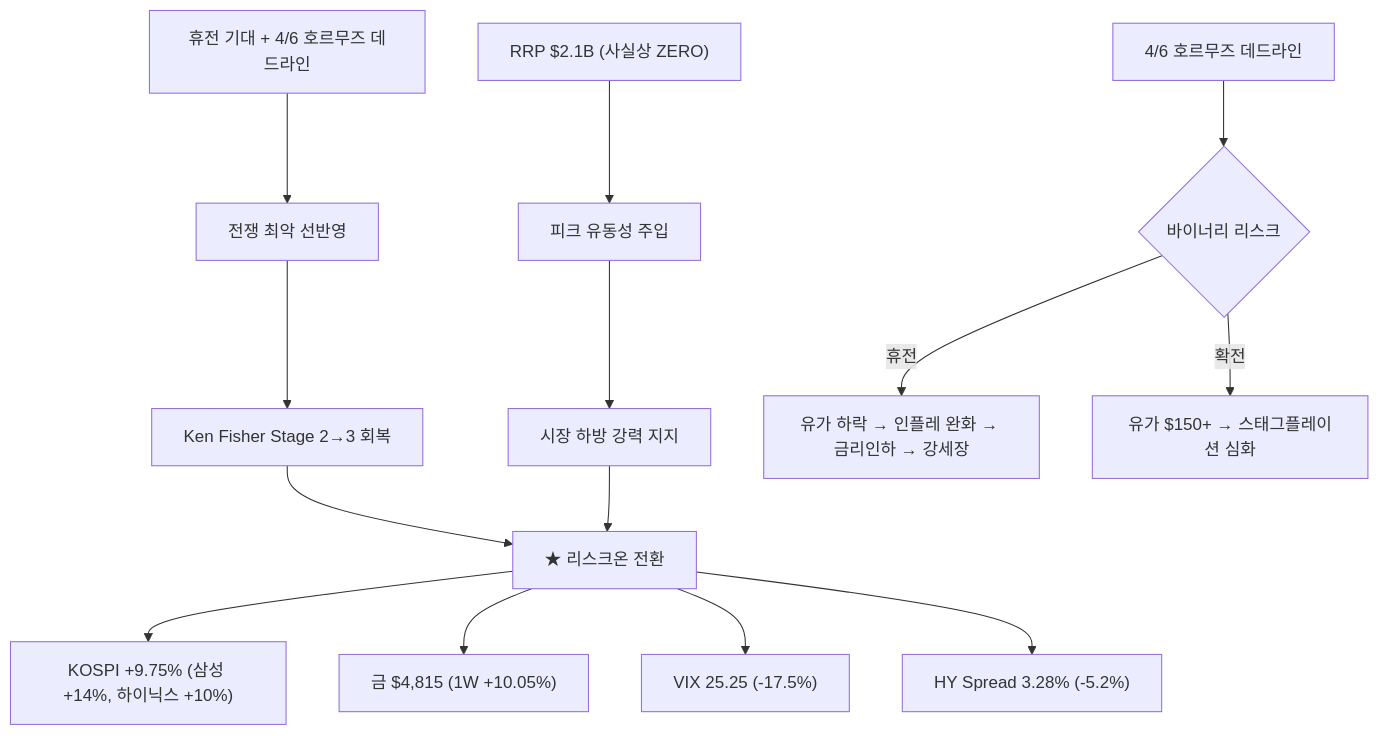
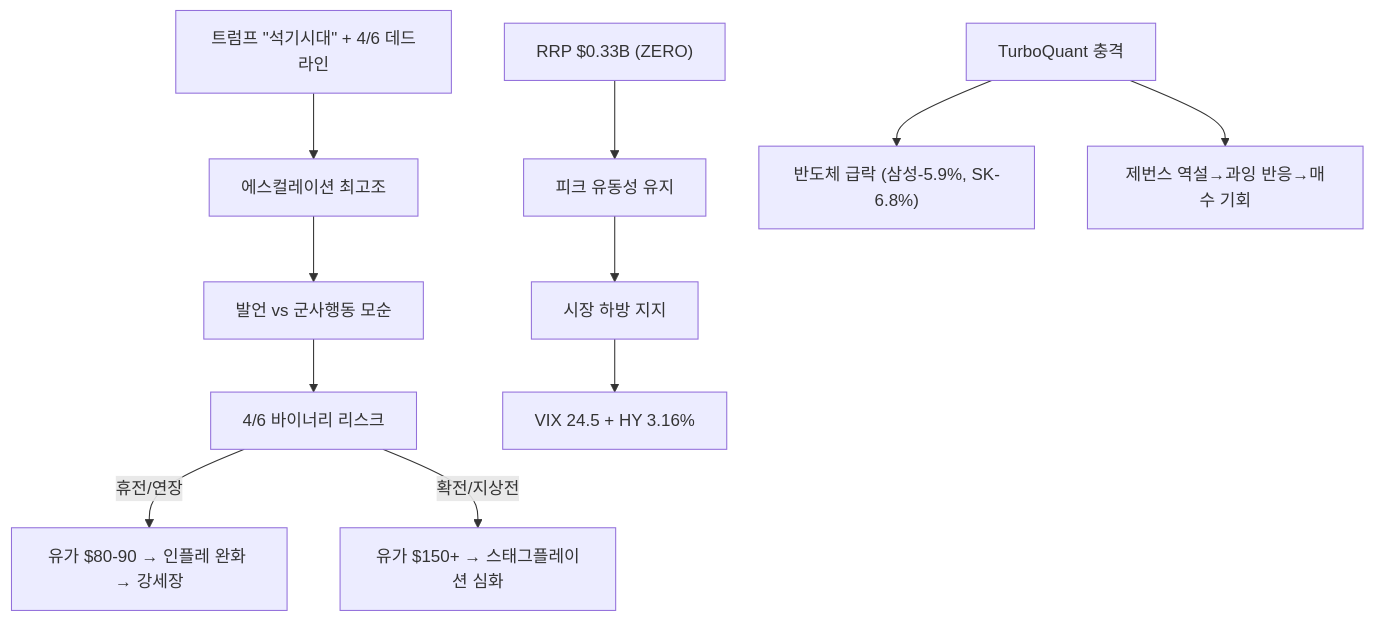
The first of 9 diagrams in _posts/knowledge/invest/2026-01-12-macroeconomic-policy-sector-outlook-2026.md (dss99911/dss99911.github.io), drawn with Mermaid before and after one commit. The commit also changed other lines of this file and 5 other files, not shown here.

Commit message:
투자 데일리 트랙킹 4/3: TurboQuant 충격, 트럼프 에스컬레이션, 테슬라 Q1 miss

````diff
--- a/_posts/knowledge/invest/2026-01-12-macroeconomic-policy-sector-outlook-2026.md
+++ b/_posts/knowledge/invest/2026-01-12-macroeconomic-policy-sector-outlook-2026.md
@@ -64,16 +64,13 @@
 ```mermaid
 graph TD
-    A["휴전 기대 + 4/6 호르무즈 데드라인"] --> B["전쟁 최악 선반영"]
-    B --> C["Ken Fisher Stage 2→3 회복"]
-    D["RRP $2.1B #40;사실상 ZERO#41;"] --> E["피크 유동성 주입"]
-    E --> F["시장 하방 강력 지지"]
-    C --> G["★ 리스크온 전환"]
-    F --> G
-    G --> H["KOSPI +9.75% #40;삼성 +14%, 하이닉스 +10%#41;"]
-    G --> I["금 $4,815 #40;1W +10.05%#41;"]
-    G --> J["VIX 25.25 #40;-17.5%#41;"]
-    G --> K["HY Spread 3.28% #40;-5.2%#41;"]
-    L["4/6 호르무즈 데드라인"] --> M{"바이너리 리스크"}
-    M -->|"휴전"| N["유가 하락 → 인플레 완화 → 금리인하 → 강세장"]
-    M -->|"확전"| O["유가 $150+ → 스태그플레이션 심화"]
+    A["트럼프 #quot;석기시대#quot; + 4/6 데드라인"] --> B["에스컬레이션 최고조"]
+    B --> C["발언 vs 군사행동 모순"]
+    D["RRP $0.33B #40;ZERO#41;"] --> E["피크 유동성 유지"]
+    E --> F["시장 하방 지지"]
+    G["TurboQuant 충격"] --> H["반도체 급락 #40;삼성-5.9%, SK-6.8%#41;"]
+    G --> I["제번스 역설→과잉 반응→매수 기회"]
+    C --> J["4/6 바이너리 리스크"]
+    F --> K["VIX 24.5 + HY 3.16%"]
+    J -->|"휴전/연장"| L["유가 $80-90 → 인플레 완화 → 강세장"]
+    J -->|"확전/지상전"| M["유가 $150+ → 스태그플레이션 심화"]
 ```
````
